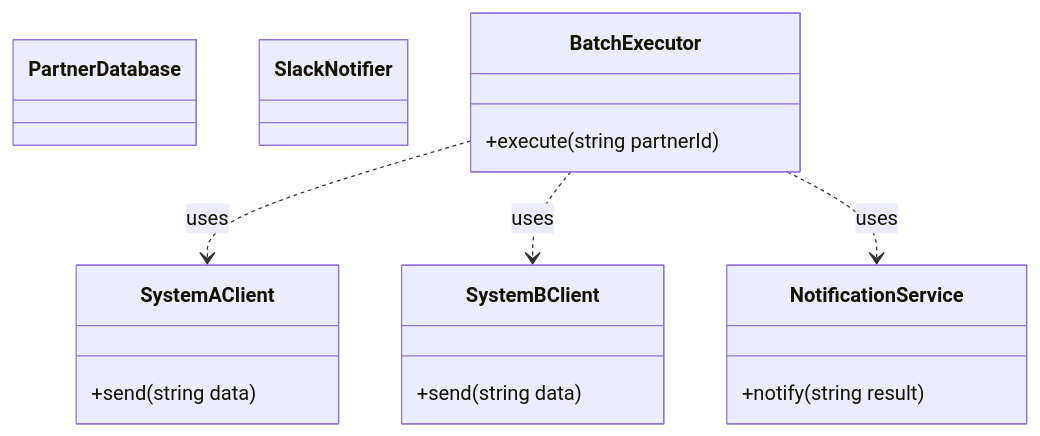
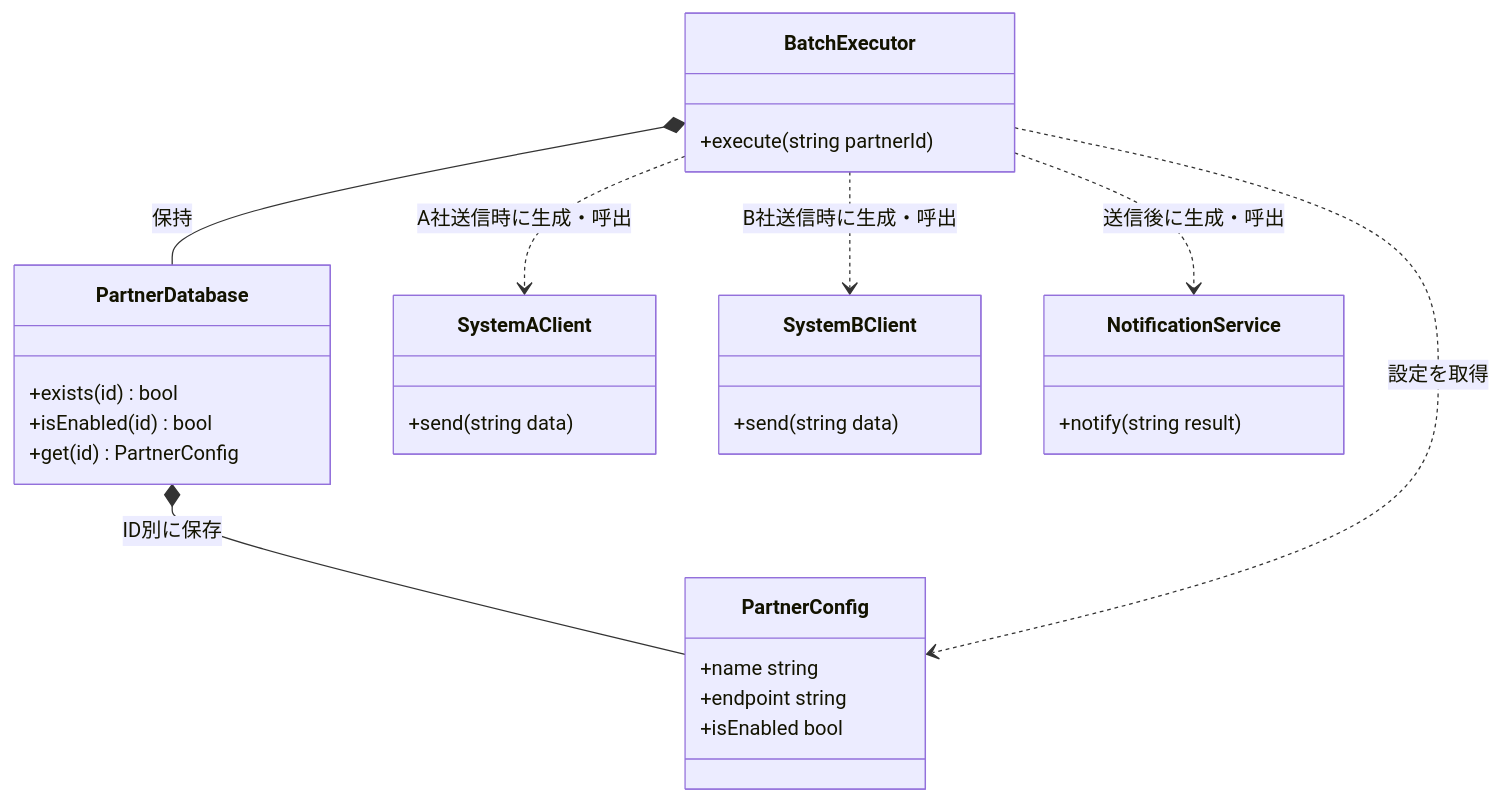
The third of 12 diagrams in kindle/design-patterns/output/chapter10.md (kumachan1101-pixel/DesignPattern), drawn with Mermaid before and after one commit. The commit also changed other lines of this file and 6 other files, not shown here.

Commit message:
第10章のシステム仕様図を整理し全章監査をタスク化

````diff
--- a/kindle/design-patterns/output/chapter10.md
+++ b/kindle/design-patterns/output/chapter10.md
@@ -183,20 +188,31 @@
 ```mermaid
 classDiagram
-    class PartnerDatabase
-    class SlackNotifier
+    class PartnerConfig {
+        +name string
+        +endpoint string
+        +isEnabled bool
+    }
+    class PartnerDatabase {
+        +exists(id) bool
+        +isEnabled(id) bool
+        +get(id) PartnerConfig
+    }
     class BatchExecutor {
         +execute(string partnerId)
     }
     class SystemAClient {
         +send(string data)
     }
     class SystemBClient {
         +send(string data)
     }
     class NotificationService {
         +notify(string result)
     }
-    BatchExecutor ..> SystemAClient : uses
-    BatchExecutor ..> SystemBClient : uses
-    BatchExecutor ..> NotificationService : uses
+    PartnerDatabase *-- PartnerConfig : ID別に保存
+    BatchExecutor *-- PartnerDatabase : 保持
+    BatchExecutor ..> PartnerConfig : 設定を取得
+    BatchExecutor ..> SystemAClient : A社送信時に生成・呼出
+    BatchExecutor ..> SystemBClient : B社送信時に生成・呼出
+    BatchExecutor ..> NotificationService : 送信後に生成・呼出
 ```
````
